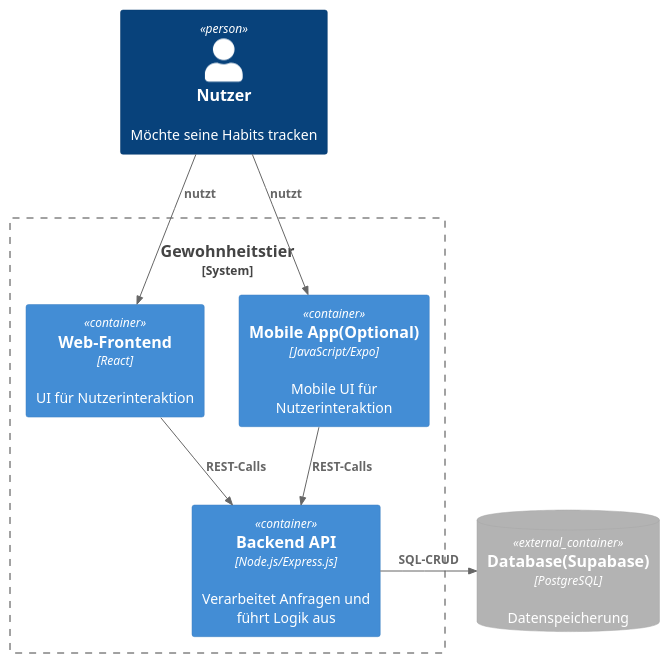
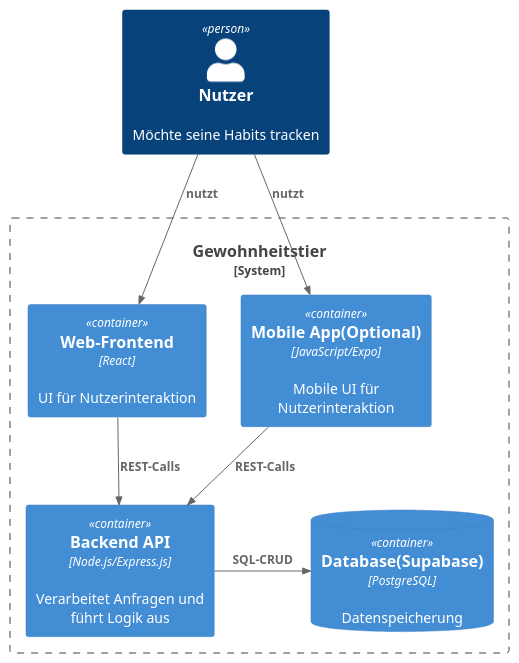
The diagram in docs/architecture/plantuml/context.puml (1tristan0/SE-HabitTracker-3.B), drawn with PlantUML before and after one commit.

Commit message:
Update context.puml
Fehlerbehebung: Supabase wird nicht mehr als extern dargestellt

```diff
--- a/docs/architecture/plantuml/context.puml
+++ b/docs/architecture/plantuml/context.puml
@@ -1,22 +1,23 @@
 @startuml
 !include <c4/C4_Context.puml>
 !include <C4/C4>  
 !include <C4/C4_Container> 
 
 Person(user, "Nutzer", "Möchte seine Habits tracken")
 System_Boundary(gewohnheitstier, "Gewohnheitstier") {
   Container(webApp, "Web-Frontend", "React", "UI für Nutzerinteraktion")
   Container(api,    "Backend API", "Node.js/Express.js", "Verarbeitet Anfragen und führt Logik aus")
   
   Container(mobileApp, "Mobile App(Optional)", "JavaScript/Expo", "Mobile UI für Nutzerinteraktion")
+  ContainerDb(db,    "Database(Supabase)",  "PostgreSQL", "Datenspeicherung")
 }
 
-ContainerDb_Ext(db,    "Database(Supabase)",  "PostgreSQL", "Datenspeicherung")
+
 
 Rel(user, webApp, "nutzt")
 Rel(user, mobileApp, "nutzt")
 Rel(webApp,    api,    "REST-Calls")
 Rel(mobileApp, api, "REST-Calls")
 Rel_R(api,       db,     "SQL-CRUD")
 
 @enduml
```
